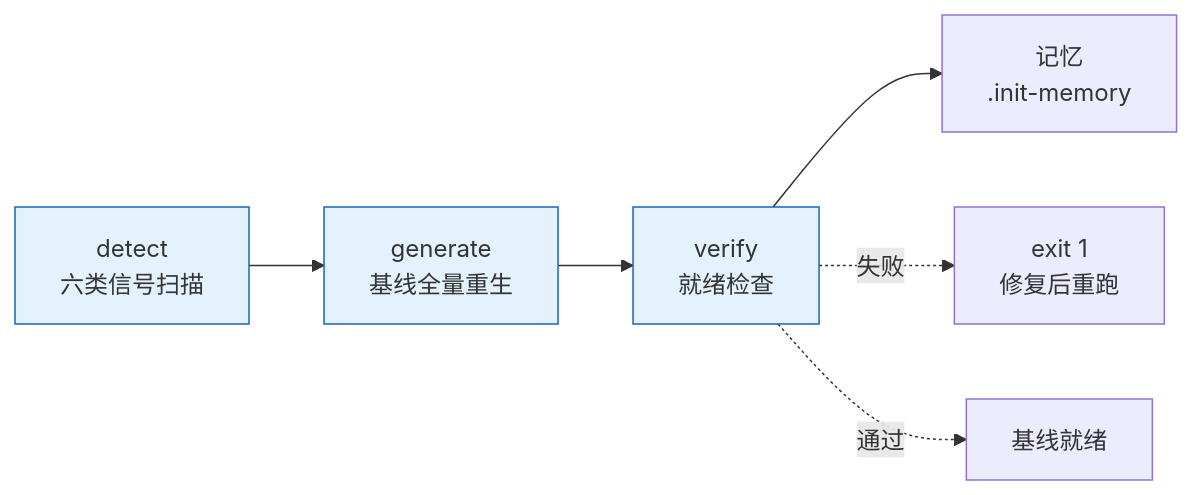
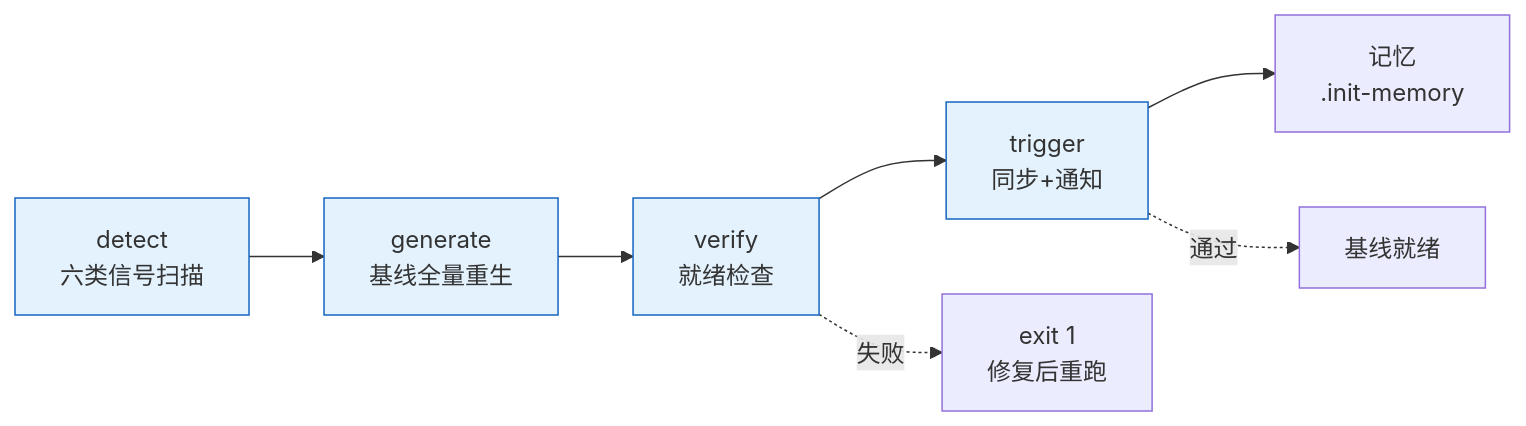
The second of 2 diagrams in skills/rui/SKILL.md (effiy/YrY), drawn with Mermaid before and after one commit. The commit also changed other lines of this file and 4 other files, not shown here.

````diff
--- a/skills/rui/SKILL.md
+++ b/skills/rui/SKILL.md
@@ -104,7 +104,7 @@
 ```mermaid
 flowchart LR
-    P1[detect<br/>六类信号扫描]:::s --> P2[generate<br/>基线全量重生]:::s --> P3[verify<br/>就绪检查]:::s --> P4[记忆<br/>.init-memory]
+    P1[detect<br/>六类信号扫描]:::s --> P2[generate<br/>基线全量重生]:::s --> P3[verify<br/>就绪检查]:::s --> P4[trigger<br/>同步+通知]:::s --> P5[记忆<br/>.init-memory]
     P3 -.失败.-> Fix[exit 1<br/>修复后重跑]
-    P3 -.通过.-> Ready[基线就绪]
+    P4 -.通过.-> Ready[基线就绪]
     classDef s fill:#e3f2fd,stroke:#1565c0;
 ```
````
